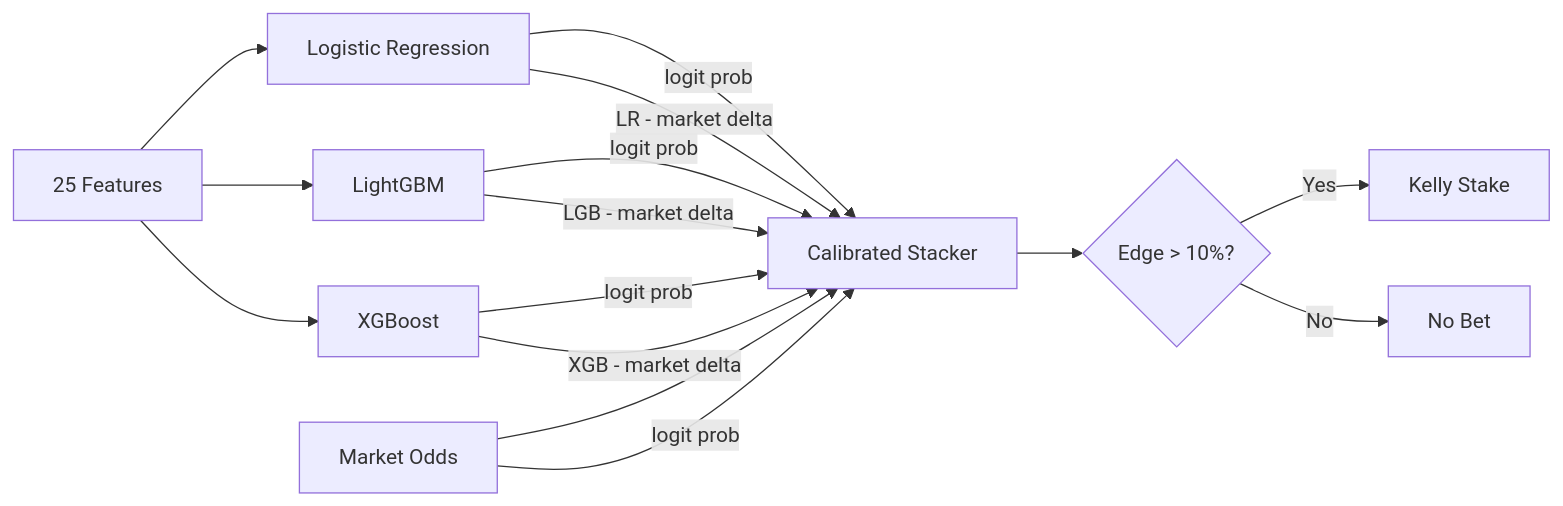
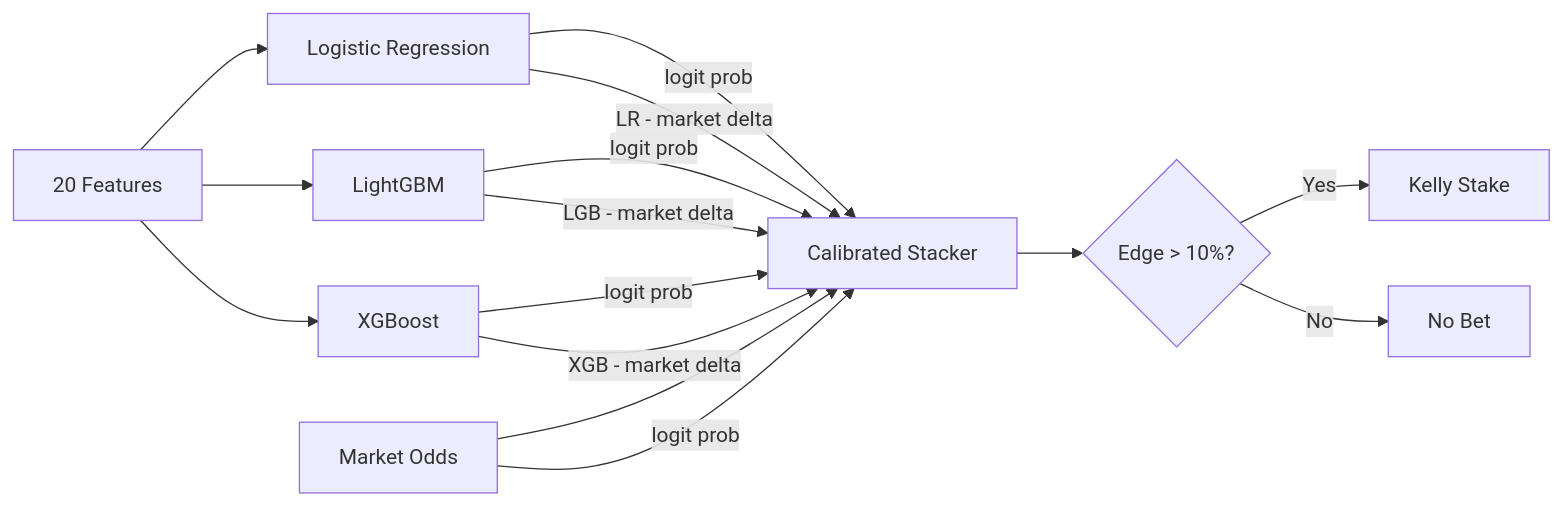
The first of 2 diagrams in README.md (plwp/mma-betting), drawn with Mermaid before and after one commit. The commit also changed other lines of this file and 9 other files, not shown here.

````diff
--- a/README.md
+++ b/README.md
@@ -56,17 +56,17 @@
 ```mermaid
 graph LR
-    A[25 Features] --> B[Logistic Regression]
+    A[20 Features] --> B[Logistic Regression]
     A --> C[LightGBM]
     A --> X[XGBoost]
     D[Market Odds] --> E[Calibrated Stacker]
     B -->|logit prob| E
     C -->|logit prob| E
     X -->|logit prob| E
     D -->|logit prob| E
     B -->|LR - market delta| E
     C -->|LGB - market delta| E
     X -->|XGB - market delta| E
     E --> F{Edge > 10%?}
     F -->|Yes| G[Kelly Stake]
     F -->|No| H[No Bet]
 ```
````
